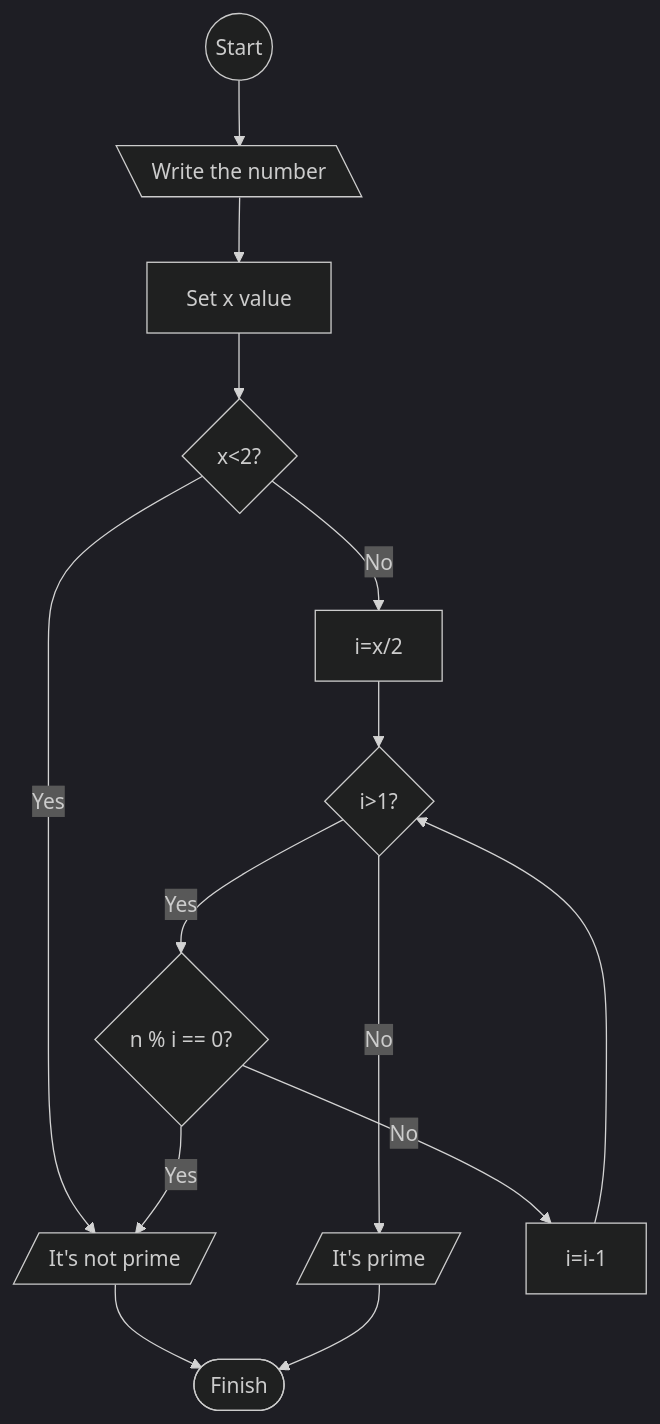
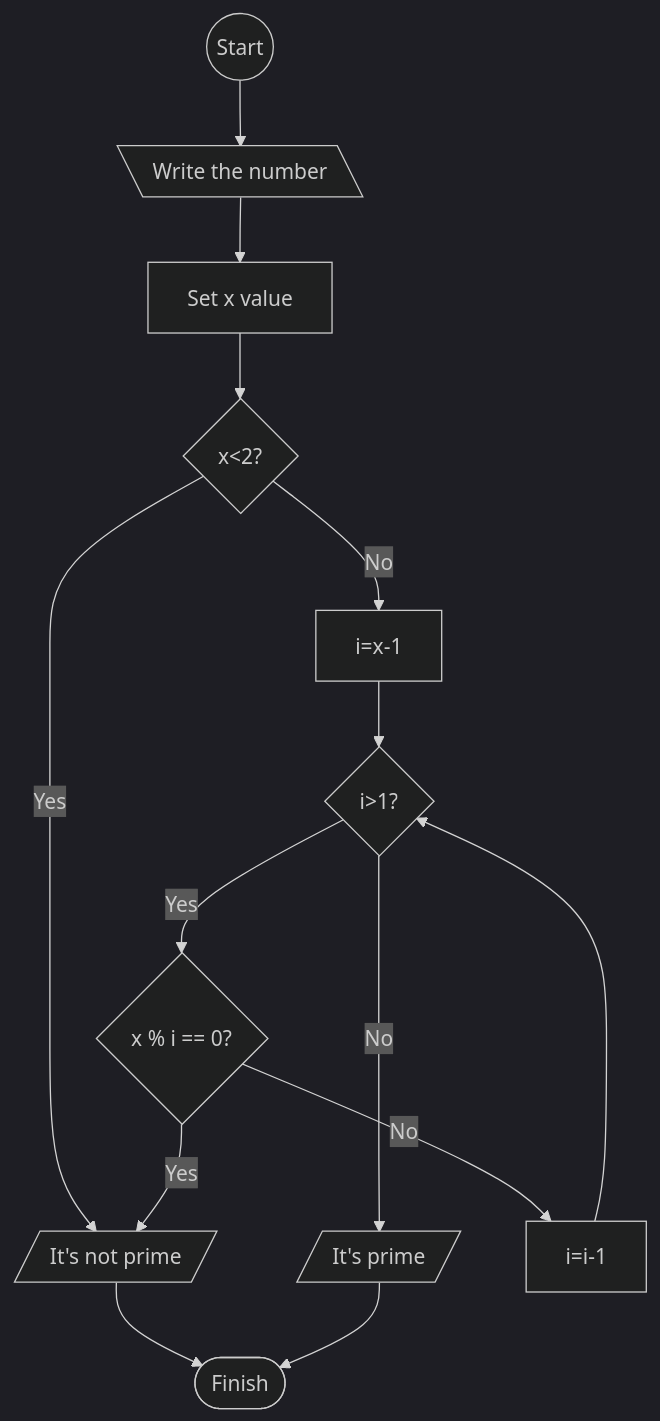
One commit to AndreLucas0/aula-LP changed the tenth of 10 diagrams in Listas de Exercícios/LP_Lista_01/README.md. Above: the diagram before and after it, drawn with Mermaid (dark theme).

Commit message:
correção ex10 dnv

````diff
--- a/Listas de Exercícios/LP_Lista_01/README.md
+++ b/Listas de Exercícios/LP_Lista_01/README.md
@@ -167,16 +167,16 @@
    ```mermaid
    flowchart TD
       start(( Start )) --> input1[\ Write the number \]
       input1 --> value1[ Set x value ]
       value1 --> verification1{ x<2? }
       verification1 --> |Yes| C
-      verification1 --> |No| B[i=x/2]
+      verification1 --> |No| B[i=x-1]
       B --> verification2{i>1?}
-      verification2 --> |Yes| verification3{n % i == 0?}
+      verification2 --> |Yes| verification3{x % i == 0?}
       verification2 --> |No| E[/It's prime/]
       verification3 --> |Yes| C[/It's not prime/]
       verification3 --> |No| D[i=i-1]
       D --> verification2
       C --> finish([Finish])
       E --> finish
    ```
````
